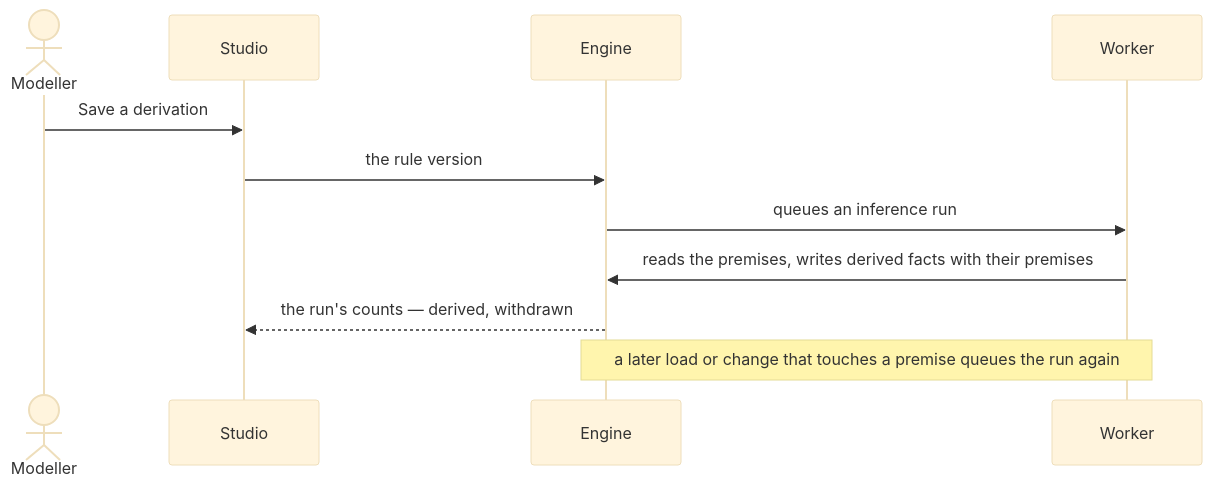
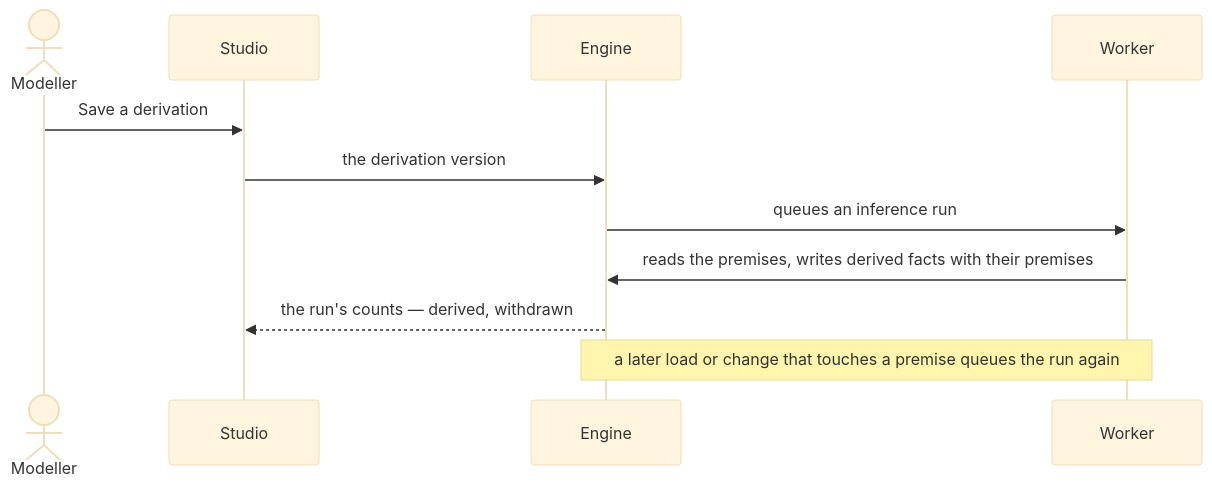
The second of 2 diagrams in specs/capabilities/semantics/features/SE-F08-inference/feature.md (invana/invana), drawn with Mermaid (base theme) before and after one commit. The commit also changed other lines of this file and 69 other files, not shown here.

````diff
--- a/specs/capabilities/semantics/features/SE-F08-inference/feature.md
+++ b/specs/capabilities/semantics/features/SE-F08-inference/feature.md
@@ -39,13 +39,13 @@
 ```mermaid
 sequenceDiagram
   actor M as Modeller
   participant S as Studio
   participant E as Engine
   participant W as Worker
   M->>S: Save a derivation
-  S->>E: the rule version
+  S->>E: the derivation version
   E->>W: queues an inference run
   W->>E: reads the premises, writes derived facts with their premises
   E-->>S: the run's counts — derived, withdrawn
   Note over E,W: a later load or change that touches a premise queues the run again
 ```
````
